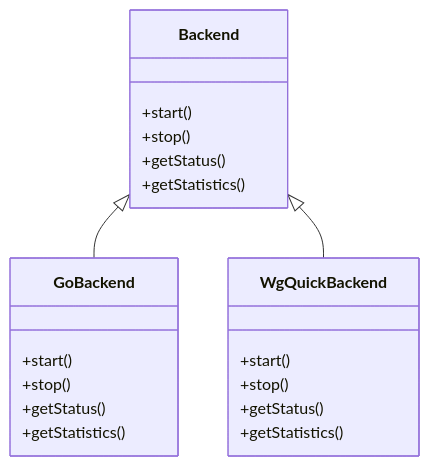
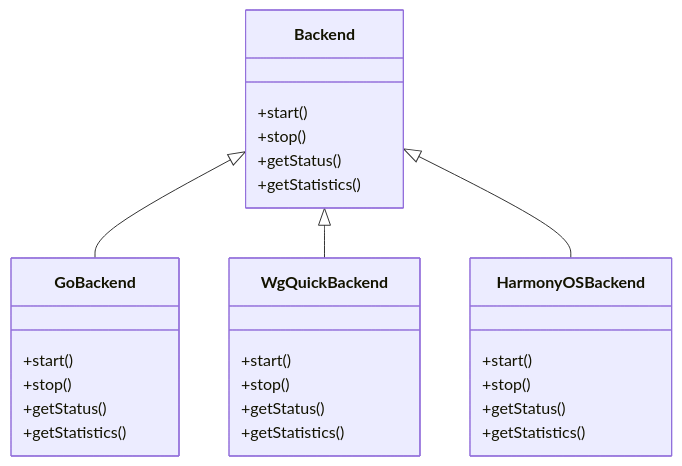
Before and after one commit to tea4go/wireguard-android: the third of 6 diagrams in .qoder/repowiki/zh/content/开发指南/开发指南.md, drawn with Mermaid. The commit also changed other lines of this file and 3 other files, not shown here.

````diff
--- a/.qoder/repowiki/zh/content/开发指南/开发指南.md
+++ b/.qoder/repowiki/zh/content/开发指南/开发指南.md
@@ -167,23 +191,30 @@
 ```mermaid
 classDiagram
 class Backend {
 +start()
 +stop()
 +getStatus()
 +getStatistics()
 }
 class GoBackend {
 +start()
 +stop()
 +getStatus()
 +getStatistics()
 }
 class WgQuickBackend {
 +start()
 +stop()
 +getStatus()
 +getStatistics()
 }
+class HarmonyOSBackend {
++start()
++stop()
++getStatus()
++getStatistics()
+}
 Backend <|-- GoBackend
 Backend <|-- WgQuickBackend
+Backend <|-- HarmonyOSBackend
 ```
````
